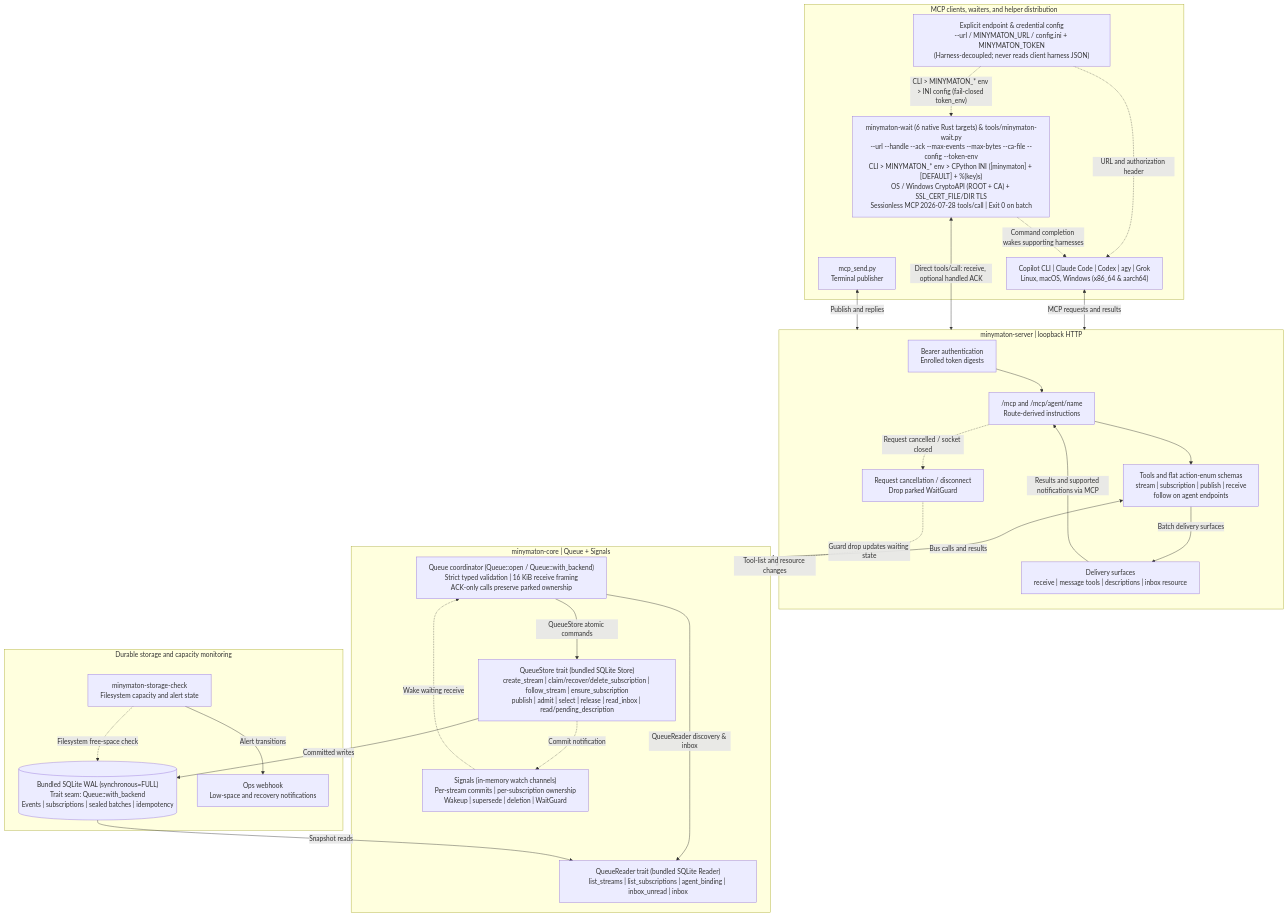
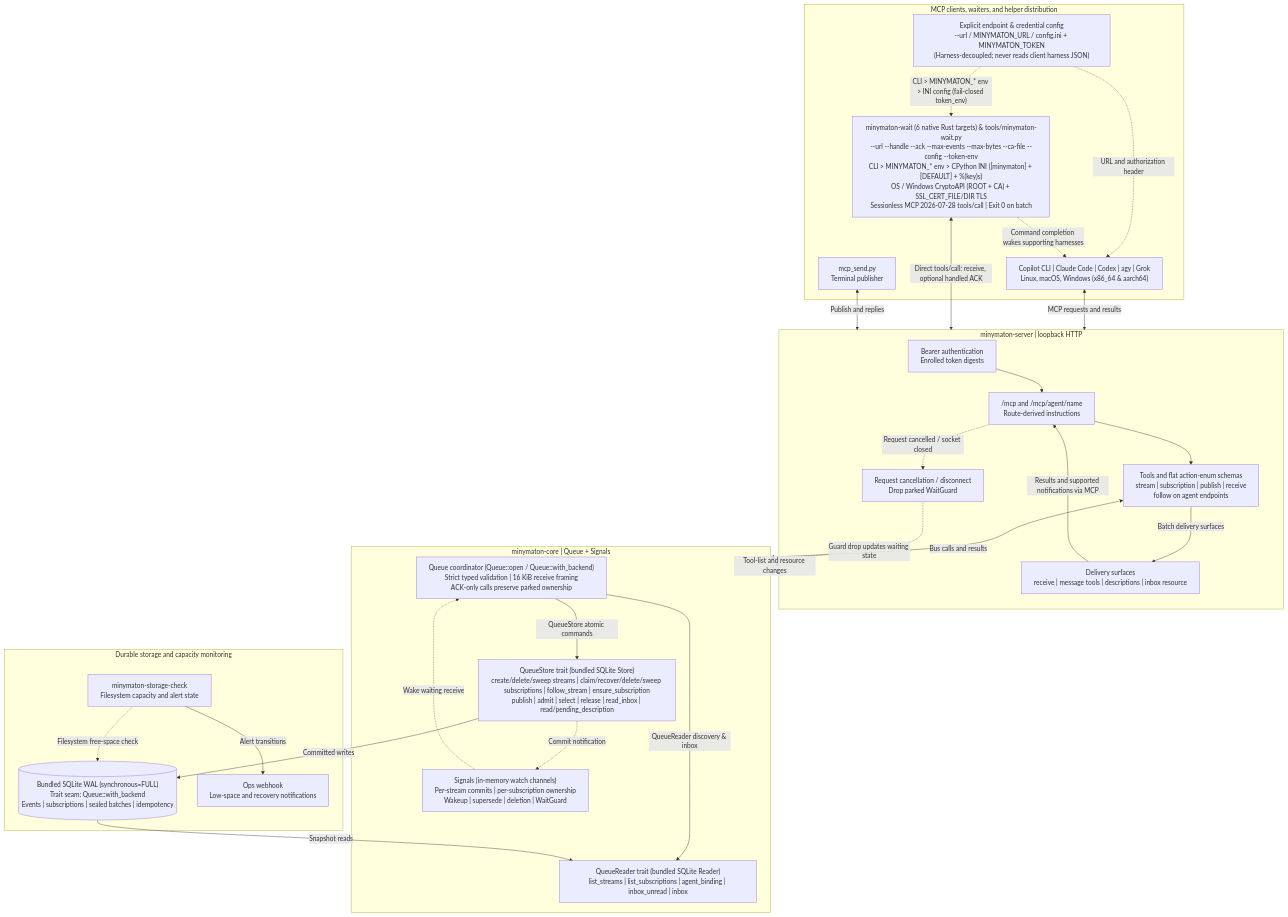
The first of 2 diagrams in README.md (immutlex-dev/minymaton), drawn with Mermaid before and after one commit. The commit also changed other lines of this file and 123 other files, not shown here.

Commit message:
Add mobile app, state-driven sweeper, and DRY stream/subscription CLI [skip ci]

````diff
--- a/README.md
+++ b/README.md
@@ -694,53 +758,53 @@
 ```mermaid
 %%{init: {"flowchart": {"wrappingWidth": 420}}}%%
 flowchart TB
     subgraph clients["MCP clients, waiters, and helper distribution"]
         agents["Copilot CLI | Claude Code | Codex | agy | Grok<br/>Linux, macOS, Windows (x86_64 & aarch64)"]
         waiter["minymaton-wait (6 native Rust targets) & tools/minymaton-wait.py<br/>--url --handle --ack --max-events --max-bytes --ca-file --config --token-env<br/>CLI > MINYMATON_* env > CPython INI ([minymaton] + [DEFAULT] + %(key)s)<br/>OS / Windows CryptoAPI (ROOT + CA) + SSL_CERT_FILE/DIR TLS<br/>Sessionless MCP 2026-07-28 tools/call | Exit 0 on batch"]
         publisher["mcp_send.py<br/>Terminal publisher"]
         config["Explicit endpoint & credential config<br/>--url / MINYMATON_URL / config.ini + MINYMATON_TOKEN<br/>(Harness-decoupled; never reads client harness JSON)"]
     end
 
     subgraph server["minymaton-server | loopback HTTP"]
         auth["Bearer authentication<br/>Enrolled token digests"]
         routes["/mcp and /mcp/agent/name<br/>Route-derived instructions"]
         tools["Tools and flat action-enum schemas<br/>stream | subscription | publish | receive<br/>follow on agent endpoints"]
         delivery["Delivery surfaces<br/>receive | message tools | descriptions | inbox resource"]
         cancel["Request cancellation / disconnect<br/>Drop parked WaitGuard"]
     end
 
     subgraph core["minymaton-core | Queue + Signals"]
         queue["Queue coordinator (Queue::open / Queue::with_backend)<br/>Strict typed validation | 16 KiB receive framing<br/>ACK-only calls preserve parked ownership"]
         signals["Signals (in-memory watch channels)<br/>Per-stream commits | per-subscription ownership<br/>Wakeup | supersede | deletion | WaitGuard"]
-        writer["QueueStore trait (bundled SQLite Store)<br/>create_stream | claim/recover/delete_subscription | follow_stream | ensure_subscription<br/>publish | admit | select | release | read_inbox | read/pending_description"]
+        writer["QueueStore trait (bundled SQLite Store)<br/>create/delete/sweep streams | claim/recover/delete/sweep subscriptions | follow_stream | ensure_subscription<br/>publish | admit | select | release | read_inbox | read/pending_description"]
         reader["QueueReader trait (bundled SQLite Reader)<br/>list_streams | list_subscriptions | agent_binding | inbox_unread | inbox"]
     end
 
     subgraph storage["Durable storage and capacity monitoring"]
         db[("Bundled SQLite WAL (synchronous=FULL)<br/>Trait seam: Queue::with_backend<br/>Events | subscriptions | sealed batches | idempotency")]
         capacity["minymaton-storage-check<br/>Filesystem capacity and alert state"]
         webhook["Ops webhook<br/>Low-space and recovery notifications"]
     end
 
     config -. "URL and authorization header" .-> agents
     config -. "CLI > MINYMATON_* env > INI config (fail-closed token_env)" .-> waiter
     agents <-->|"MCP requests and results"| server
     waiter <-->|"Direct tools/call: receive, optional handled ACK"| server
     publisher <-->|"Publish and replies"| server
     auth --> routes --> tools
     tools <-->|"Bus calls and results"| core
     tools -->|"Batch delivery surfaces"| delivery
     queue -->|"QueueStore atomic commands"| writer
     queue -->|"QueueReader discovery & inbox"| reader
     writer -->|"Committed writes"| db
     db -->|"Snapshot reads"| reader
     writer -. "Commit notification" .-> signals
     signals -. "Wake waiting receive" .-> queue
     core -. "Tool-list and resource changes" .-> server
     delivery -->|"Results and supported notifications via MCP"| routes
     routes -. "Request cancelled / socket closed" .-> cancel
     cancel -. "Guard drop updates waiting state" .-> core
     waiter -. "Command completion wakes supporting harnesses" .-> agents
     capacity -. "Filesystem free-space check" .-> db
     capacity -->|"Alert transitions"| webhook
 ```
````
